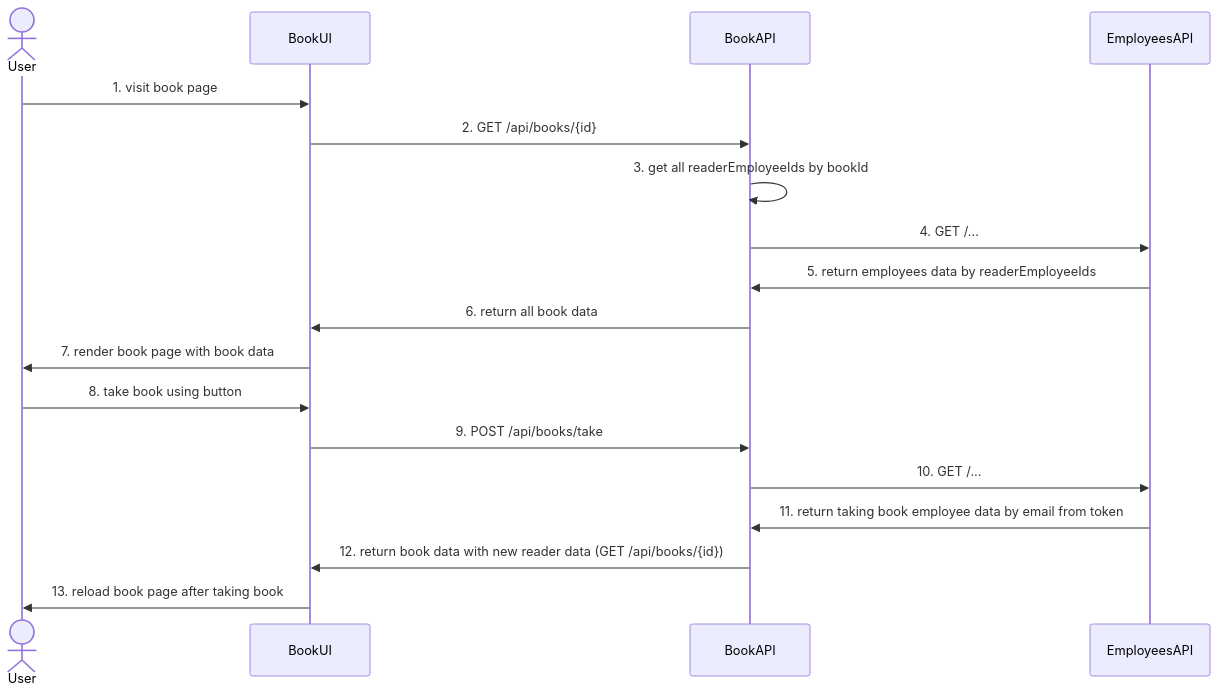
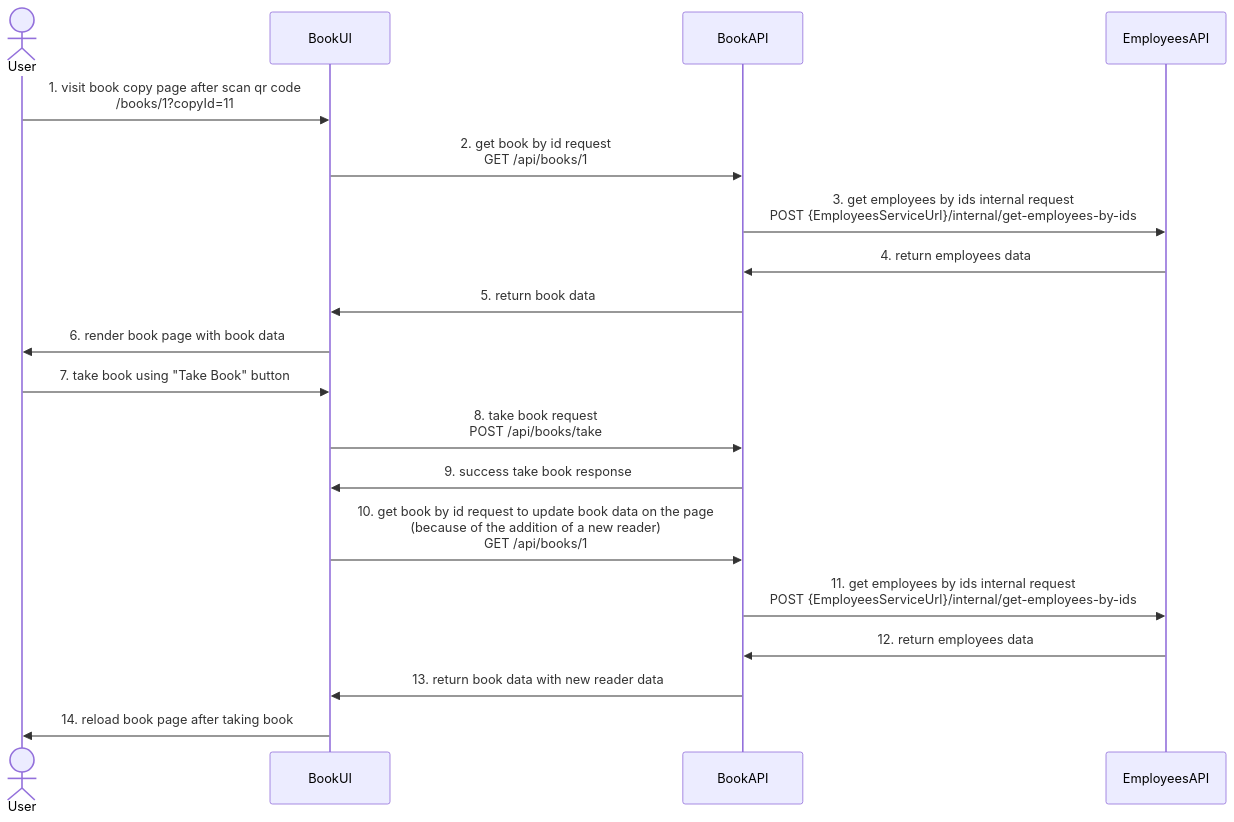
Before and after one commit to TourmalineCore/inner-circle-documentation: the diagram in books-api/Take Book Contract.md, drawn with Mermaid. The commit also changed other lines of this file, not shown here.

Commit message:
chore: update contract and diagram

````diff
--- a/books-api/Take Book Contract.md
+++ b/books-api/Take Book Contract.md
@@ -84,23 +99,22 @@
 ```mermaid
 sequenceDiagram
     actor User
     participant BookUI
     participant BookAPI
     participant EmployeesAPI
 
-    User->>BookUI: 1. visit book page
-    BookUI->>BookAPI: 2. GET /api/books/{id}
-    BookAPI->>BookAPI: 3. get all readerEmployeeIds by bookId
-    BookAPI->>EmployeesAPI: 4. GET /...
-    EmployeesAPI->>BookAPI: 5. return employees data by readerEmployeeIds
-    BookAPI->>BookUI: 6. return all book data
-    BookUI->>User: 7. render book page with book data
-    User->>BookUI: 8. take book using button
-    BookUI->>BookAPI: 9. POST /api/books/take
-
-    BookAPI->>EmployeesAPI: 10. GET /...
-    EmployeesAPI->>BookAPI: 11. return taking book employee data by email from token
-    
-    BookAPI->>BookUI: 12. return book data with new reader data (GET /api/books/{id})
-    BookUI->>User: 13. reload book page after taking book
+    User->>BookUI: 1. visit book copy page after scan qr code <br> /books/1?copyId=11
+    BookUI->>BookAPI: 2. get book by id request <br> GET /api/books/1
+    BookAPI->>EmployeesAPI: 3. get employees by ids internal request <br> POST {EmployeesServiceUrl}/internal/get-employees-by-ids
+    EmployeesAPI->>BookAPI: 4. return employees data
+    BookAPI->>BookUI: 5. return book data
+    BookUI->>User: 6. render book page with book data
+    User->>BookUI: 7. take book using "Take Book" button
+    BookUI->>BookAPI: 8. take book request <br> POST /api/books/take
+    BookAPI->>BookUI: 9. success take book response
+    BookUI->>BookAPI: 10. get book by id request to update book data on the page <br> (because of the addition of a new reader) <br> GET /api/books/1
+    BookAPI->>EmployeesAPI: 11. get employees by ids internal request <br> POST {EmployeesServiceUrl}/internal/get-employees-by-ids
+    EmployeesAPI->>BookAPI: 12. return employees data
+    BookAPI->>BookUI: 13. return book data with new reader data
+    BookUI->>User: 14. reload book page after taking book
 ```
````
